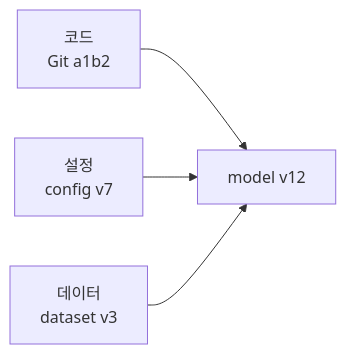
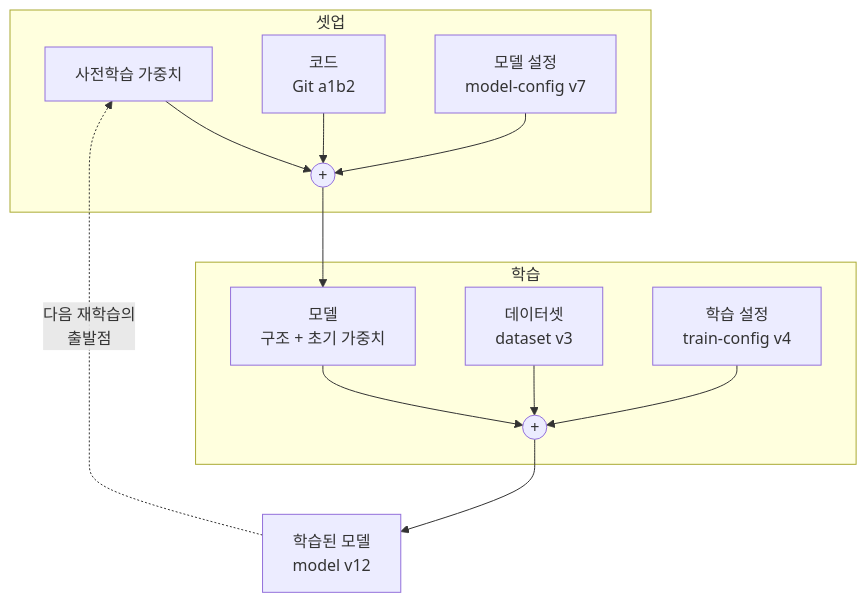
Before and after one commit to beengineer500/beengineer500.github.io: the sixth of 15 diagrams in content/posts/2026/mlops-01-lifecycle-and-maturity/index.md, drawn with Mermaid. The commit also changed other lines of this file and 11 other files, not shown here.

````diff
--- a/content/posts/2026/mlops-01-lifecycle-and-maturity/index.md
+++ b/content/posts/2026/mlops-01-lifecycle-and-maturity/index.md
@@ -316,6 +479,16 @@
 ```mermaid
-flowchart LR
-    C["코드<br/>Git a1b2"] --> M["model v12"]
-    S["설정<br/>config v7"] --> M
-    D["데이터<br/>dataset v3"] --> M
+flowchart TD
+    subgraph SETUP["셋업"]
+        W["사전학습 가중치"] --> P1(("+"))
+        C["코드<br/>Git a1b2"] --> P1
+        MC["모델 설정<br/>model-config v7"] --> P1
+    end
+    P1 --> M["모델<br/>구조 + 초기 가중치"]
+    subgraph TRAIN["학습"]
+        M --> P2(("+"))
+        D["데이터셋<br/>dataset v3"] --> P2
+        TC["학습 설정<br/>train-config v4"] --> P2
+    end
+    P2 --> T["학습된 모델<br/>model v12"]
+    T -.->|"다음 재학습의<br/>출발점"| W
 ```
````
